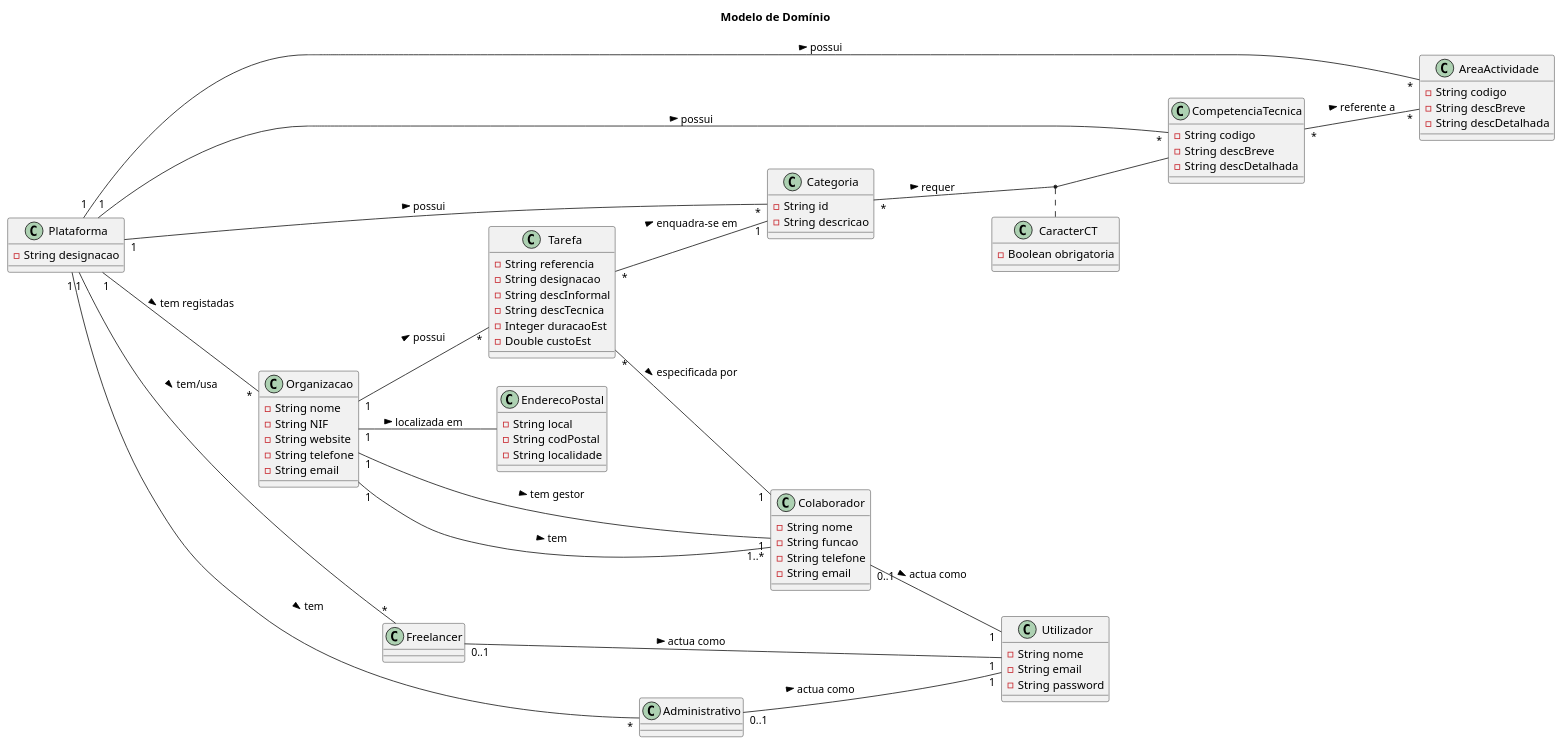
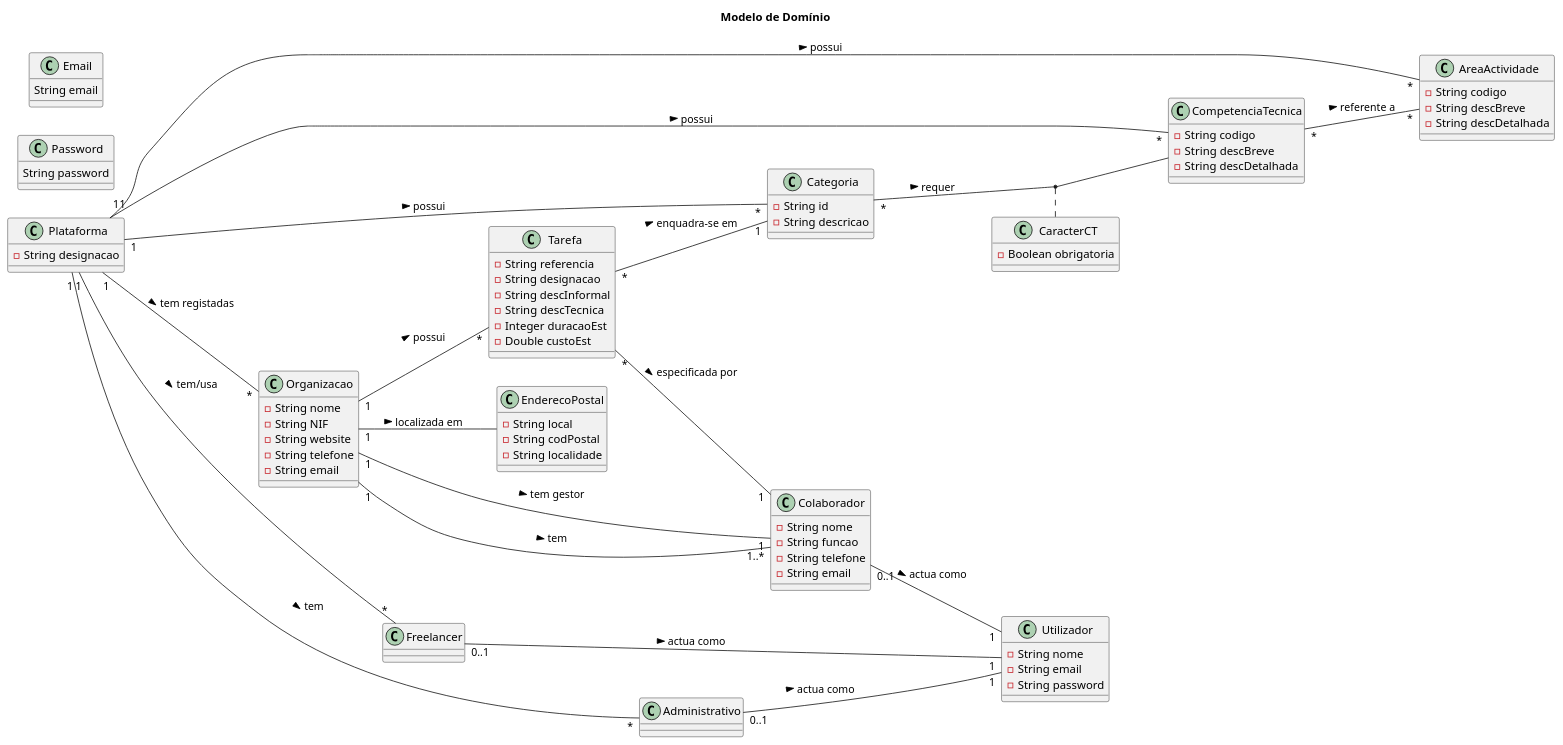
Before and after one commit to blestonbandeiraUPSKILL/upskill_java1_labprg_grupo2: the diagram in Sprint 2/Modelo_Dominio.puml, drawn with PlantUML. The commit also changed 33 other files, not shown here.

```diff
--- a/Sprint 2/Modelo_Dominio.puml
+++ b/Sprint 2/Modelo_Dominio.puml
@@ -1,94 +1,100 @@
 @startuml
 title Modelo de Domínio
 
 left to right direction
 class Plataforma {
     -String designacao
 }
 
 class AreaActividade {
     -String codigo
     -String descBreve
     -String descDetalhada
 }
 
 class CompetenciaTecnica {
     -String codigo
     -String descBreve
     -String descDetalhada
 }
 
 class Organizacao {
     -String nome
     -String NIF
     -String website
     -String telefone
     -String email
 }
 
 class Tarefa {
     -String referencia
     -String designacao
     -String descInformal
     -String descTecnica
     -Integer duracaoEst
     -Double custoEst
 }
 
 class CaracterCT {
     -Boolean obrigatoria
 }
 
 class Categoria {
     -String id
     -String descricao 
 }
 
 class Colaborador {
     -String nome
     -String funcao
     -String telefone
     -String email
 }
 
 class EnderecoPostal {
     -String local
     -String codPostal
     -String localidade
 }
 
 class Freelancer {
-
 }
 
 class Administrativo {
-
 }
 
 class Utilizador {
     -String nome
     -String email
     -String password
+}
+
+class Password {
+    String password
+}
+
+class Email {
+    String email
 }
 
 Plataforma"1" -- "*"Organizacao: tem registadas >
 Plataforma"1" -- "*"Freelancer: tem/usa >
 Plataforma"1" -- "*"Administrativo: tem >
 Plataforma"1" -- "*"AreaActividade: possui >
 Plataforma"1" -- "*"CompetenciaTecnica: possui >
 Plataforma"1" -- "*"Categoria: possui >
 Tarefa"*" -- "1"Categoria: enquadra-se em >
 Tarefa"*" -- "1"Colaborador: especificada por >
 CompetenciaTecnica"*" -- "*"AreaActividade: referente a >
 Organizacao"1" -- "*"Tarefa: possui >
 Organizacao"1" -- EnderecoPostal: localizada em >
 Organizacao"1" -- "1"Colaborador: tem gestor >
 Organizacao"1" -- "1..*"Colaborador: tem >
 Freelancer"0..1" -- "1"Utilizador: actua como >
 Administrativo"0..1" -- "1"Utilizador: actua como >
 Colaborador"0..1" -- "1"Utilizador: actua como >
 Categoria"*" -- CompetenciaTecnica: requer >
 (Categoria, CompetenciaTecnica) . CaracterCT
 
 
 @enduml
```
